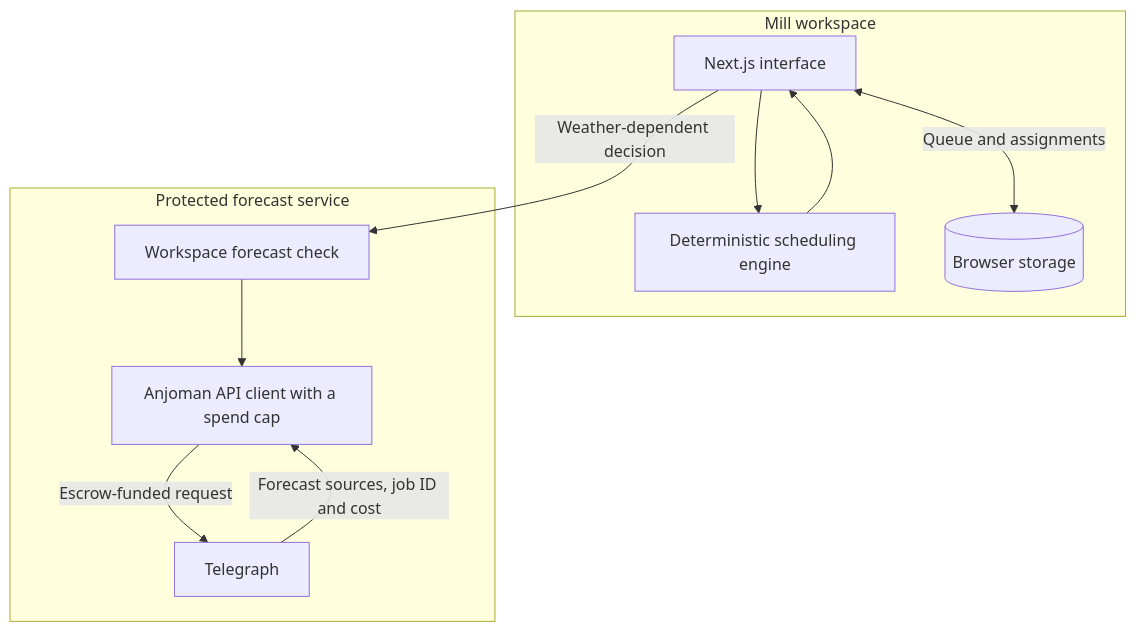
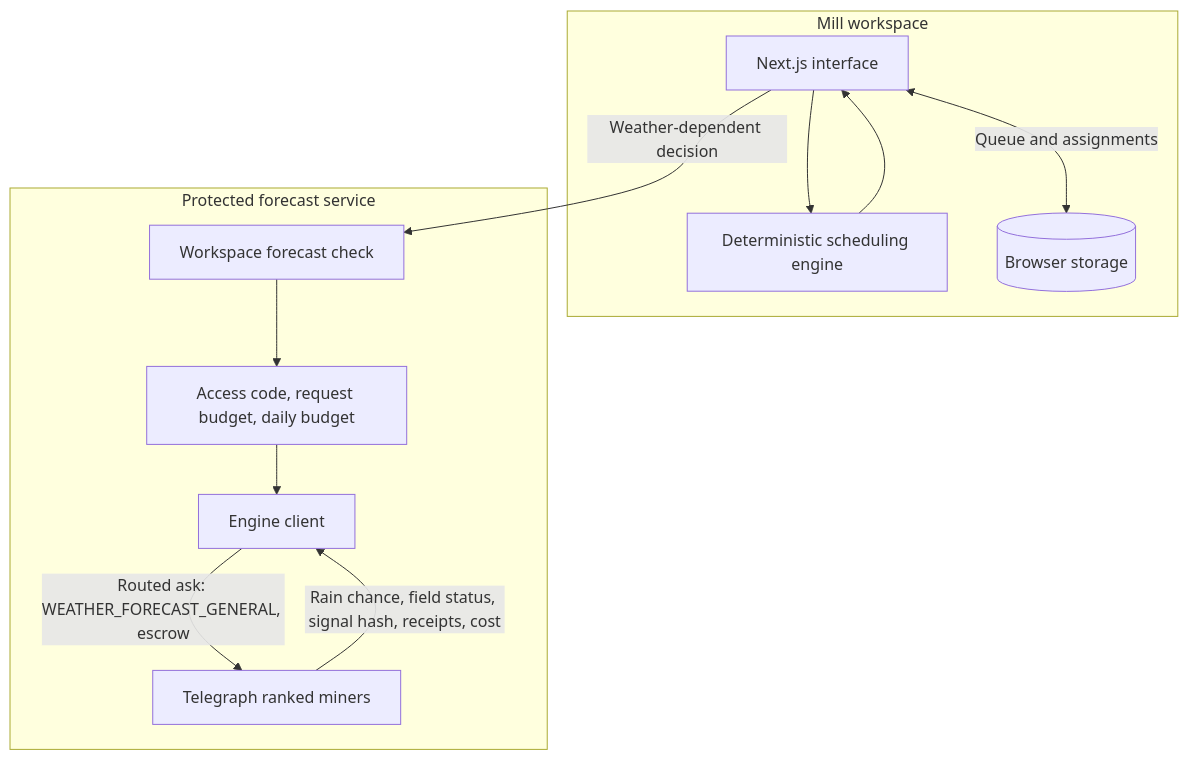
The second of 2 diagrams in README.md (thesithunyein/paddyturn), drawn with Mermaid before and after one commit. The commit also changed other lines of this file and 17 other files, not shown here.

First line of the commit message:
Buy forecasts via routed engine ask and decide on rain chance

````diff
--- a/README.md
+++ b/README.md
@@ -42,14 +42,15 @@
 ```mermaid
 flowchart TB
     subgraph Browser["Mill workspace"]
         UI["Next.js interface"] --> Rules["Deterministic scheduling engine"]
         UI <-->|Queue and assignments| Store[("Browser storage")]
         Rules --> UI
     end
     subgraph Forecast["Protected forecast service"]
-        Probe["Workspace forecast check"] --> Client["Anjoman API client with a spend cap"]
-        Client -->|Escrow-funded request| Telegraph["Telegraph"]
-        Telegraph -->|Forecast sources, job ID and cost| Client
+        Probe["Workspace forecast check"] --> Guard["Access code, request budget, daily budget"]
+        Guard --> Client["Engine client"]
+        Client -->|"Routed ask: WEATHER_FORECAST_GENERAL, escrow"| Telegraph["Telegraph ranked miners"]
+        Telegraph -->|"Rain chance, field status, signal hash, receipts, cost"| Client
     end
     UI -->|Weather-dependent decision| Probe
 ```
````
